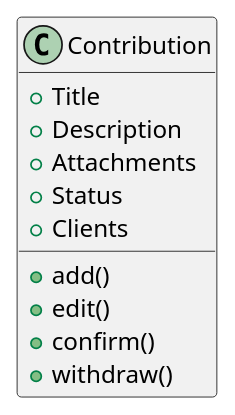
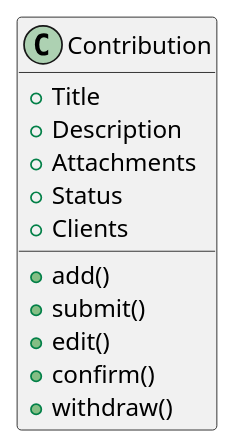
The diagram in design/plantuml/contribution.component.plantuml (ExpertCollective/expertCollective), drawn with PlantUML before and after one commit. The commit also changed 2 other files, not shown here.

Commit message:
added submit method

```diff
--- a/design/plantuml/contribution.component.plantuml
+++ b/design/plantuml/contribution.component.plantuml
@@ -1,15 +1,16 @@
 @startuml
 
 class Contribution {
     +Title
     +Description
     +Attachments
     +Status
     +Clients
     +add()
+    +submit()
     +edit()
     +confirm()
     +withdraw()
 }
 
 @enduml
```
